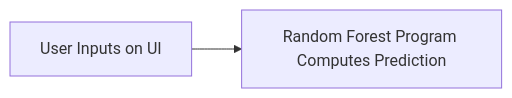
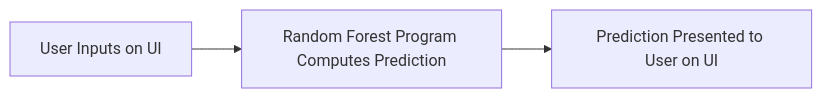
The diagram in README.md (methusha/Heart-Disease_Prediction), drawn with Mermaid before and after one commit.

````diff
--- a/README.md
+++ b/README.md
@@ -19,4 +19,4 @@
 ```mermaid
 flowchart LR
-    A["User Inputs on UI"] --> B["Random Forest Program Computes Prediction"]
+    A["User Inputs on UI"] --> B["Random Forest Program Computes Prediction"] --> C["Prediction Presented to User on UI"]
 ```
````
